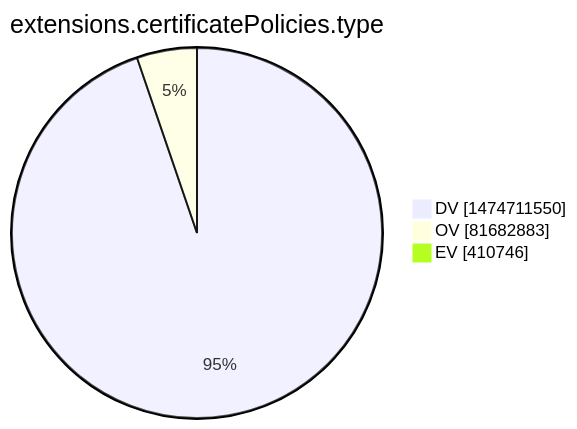
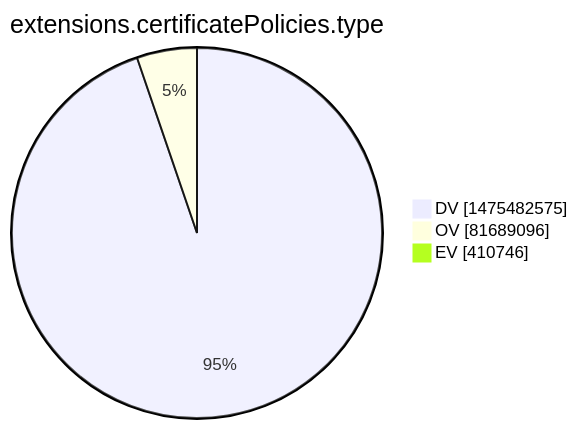
Before and after one commit to christiankrug/ctmonitor_visualization: the tenth of 15 diagrams in xenon2022/README.md, drawn with Mermaid. The commit also changed other lines of this file, not shown here.

````diff
--- a/xenon2022/README.md
+++ b/xenon2022/README.md
@@ -2872,7 +2873,7 @@
 ```mermaid
 pie showData
 title extensions.certificatePolicies.type
-"DV" :1474711550
-"OV" :81682883
+"DV" :1475482575
+"OV" :81689096
 "EV" :410746
 ```
````
